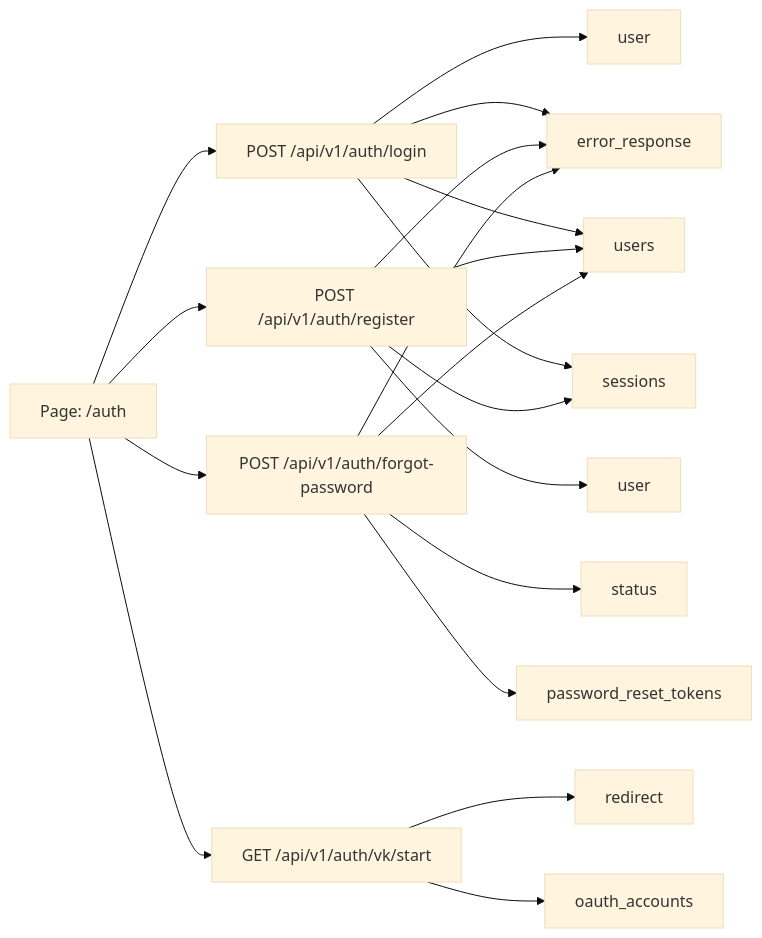
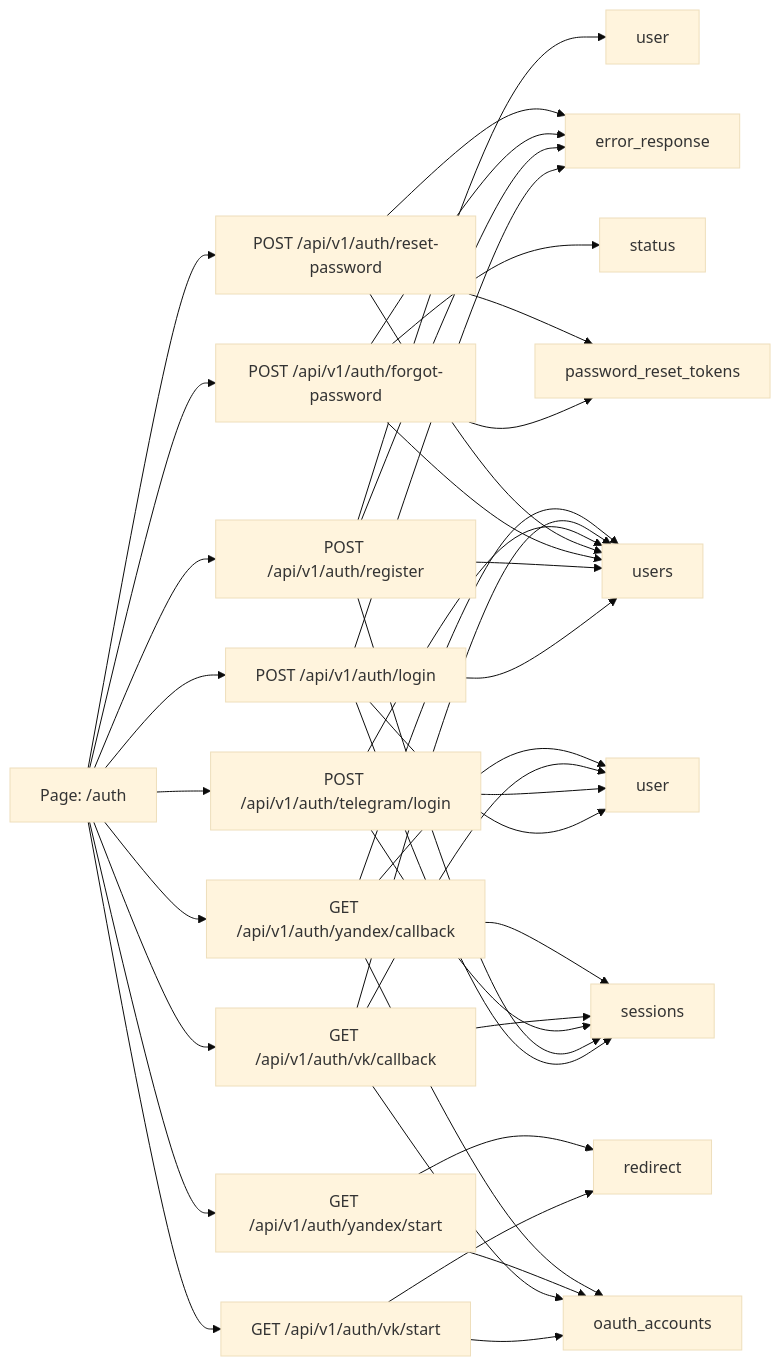
Before and after one commit to art-crazy/kartochki-online-front: the first of 2 diagrams in docs/contracts-mermaid/auth.md, drawn with Mermaid (base theme). The commit also changed other lines of this file and 1 other file, not shown here.

Commit message:
add mermaid

````diff
--- a/docs/contracts-mermaid/auth.md
+++ b/docs/contracts-mermaid/auth.md
@@ -3,26 +3,50 @@
 ```mermaid
 flowchart LR
     P["Page: /auth"] --> A1["POST /api/v1/auth/login"]
     P --> A2["POST /api/v1/auth/register"]
     P --> A3["POST /api/v1/auth/forgot-password"]
-    P --> A4["GET /api/v1/auth/vk/start"]
+    P --> A4["POST /api/v1/auth/reset-password"]
+    P --> A5["POST /api/v1/auth/telegram/login"]
+    P --> A6["GET /api/v1/auth/vk/start"]
+    P --> A7["GET /api/v1/auth/vk/callback"]
+    P --> A8["GET /api/v1/auth/yandex/start"]
+    P --> A9["GET /api/v1/auth/yandex/callback"]
 
     A1 --> D1["user"]
     A2 --> D2["user"]
     A3 --> D3["status"]
     A1 --> D4["error_response"]
     A2 --> D4
     A3 --> D4
-    A4 --> D5["redirect"]
+    A4 --> D4
+    A5 --> D1
+    A6 --> D5["redirect"]
+    A7 --> D1
+    A8 --> D5
+    A9 --> D1
 
     A1 --> T1["users"]
     A1 --> T2["sessions"]
 
     A2 --> T1
     A2 --> T2
 
     A3 --> T1
     A3 --> T3["password_reset_tokens"]
 
-    A4 --> T4["oauth_accounts"]
+    A4 --> T1
+    A4 --> T3
+
+    A5 --> T1
+    A5 --> T2
+
+    A6 --> T4["oauth_accounts"]
+    A7 --> T1
+    A7 --> T2
+    A7 --> T4
+
+    A8 --> T4
+    A9 --> T1
+    A9 --> T2
+    A9 --> T4
 ```
````
